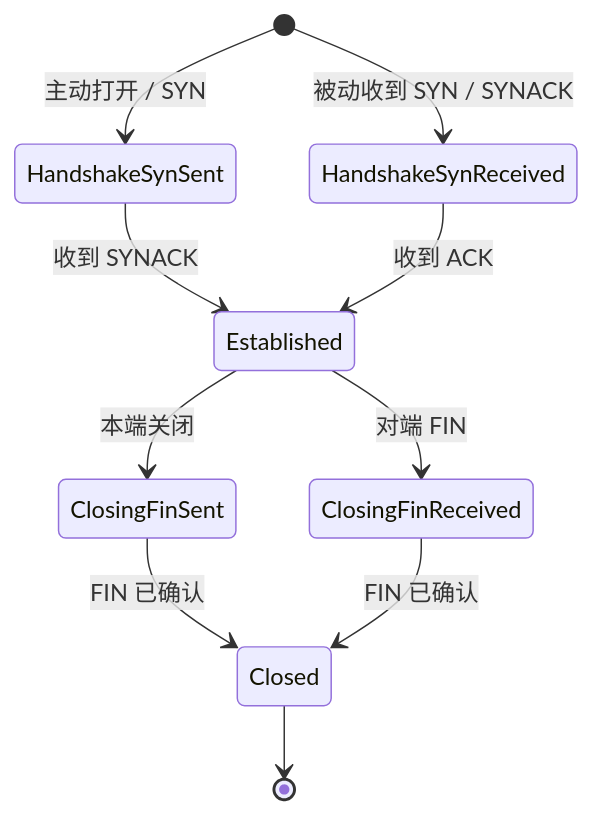
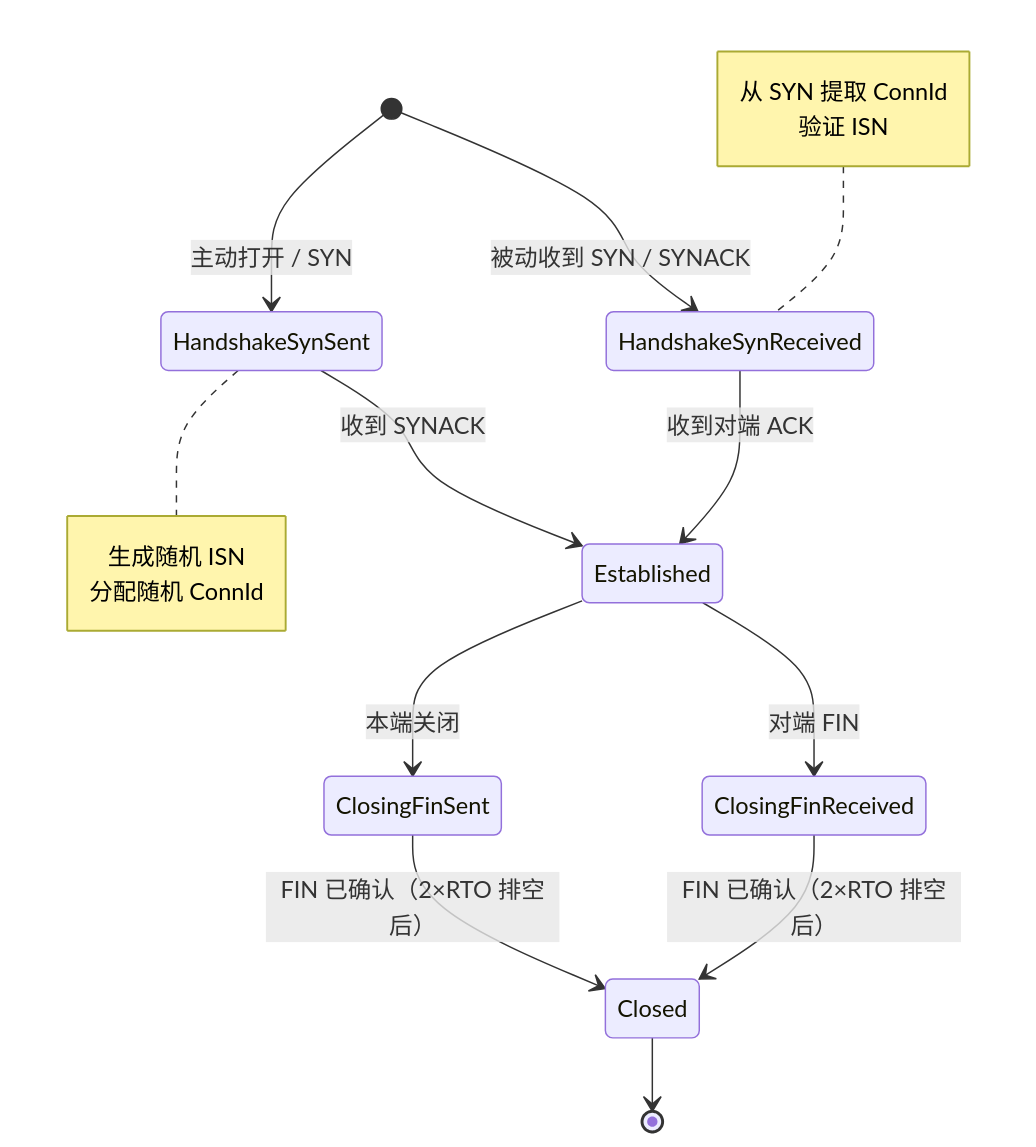
One commit to liulilittle/ucp changed the fourth of 7 diagrams in docs/protocol_CN.md. Above: the diagram before and after it, drawn with Mermaid. The commit also changed other lines of this file and 17 other files, not shown here.

````diff
--- a/docs/protocol_CN.md
+++ b/docs/protocol_CN.md
@@ -69,12 +157,19 @@
 ```mermaid
 stateDiagram-v2
     [*] --> HandshakeSynSent: 主动打开 / SYN
     [*] --> HandshakeSynReceived: 被动收到 SYN / SYNACK
+
     HandshakeSynSent --> Established: 收到 SYNACK
-    HandshakeSynReceived --> Established: 收到 ACK
+    HandshakeSynReceived --> Established: 收到对端 ACK
+
     Established --> ClosingFinSent: 本端关闭
     Established --> ClosingFinReceived: 对端 FIN
-    ClosingFinSent --> Closed: FIN 已确认
-    ClosingFinReceived --> Closed: FIN 已确认
+
+    ClosingFinSent --> Closed: FIN 已确认（2×RTO 排空后）
+    ClosingFinReceived --> Closed: FIN 已确认（2×RTO 排空后）
+
     Closed --> [*]
+
+    note right of HandshakeSynSent: 生成随机 ISN<br>分配随机 ConnId
+    note left of HandshakeSynReceived: 从 SYN 提取 ConnId<br>验证 ISN
 ```
````
